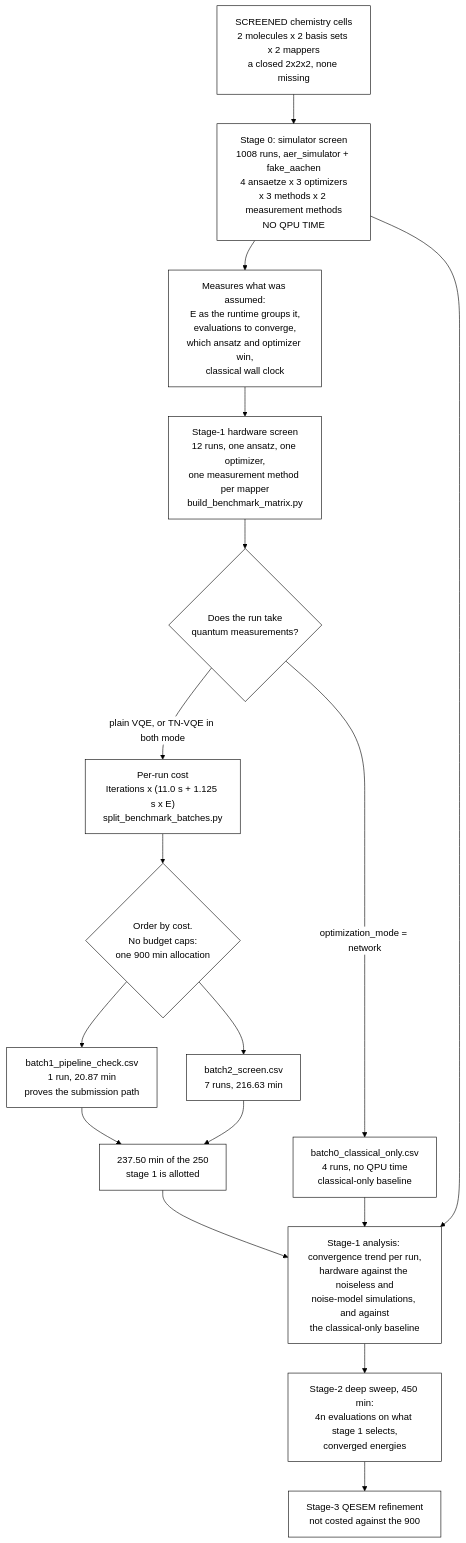
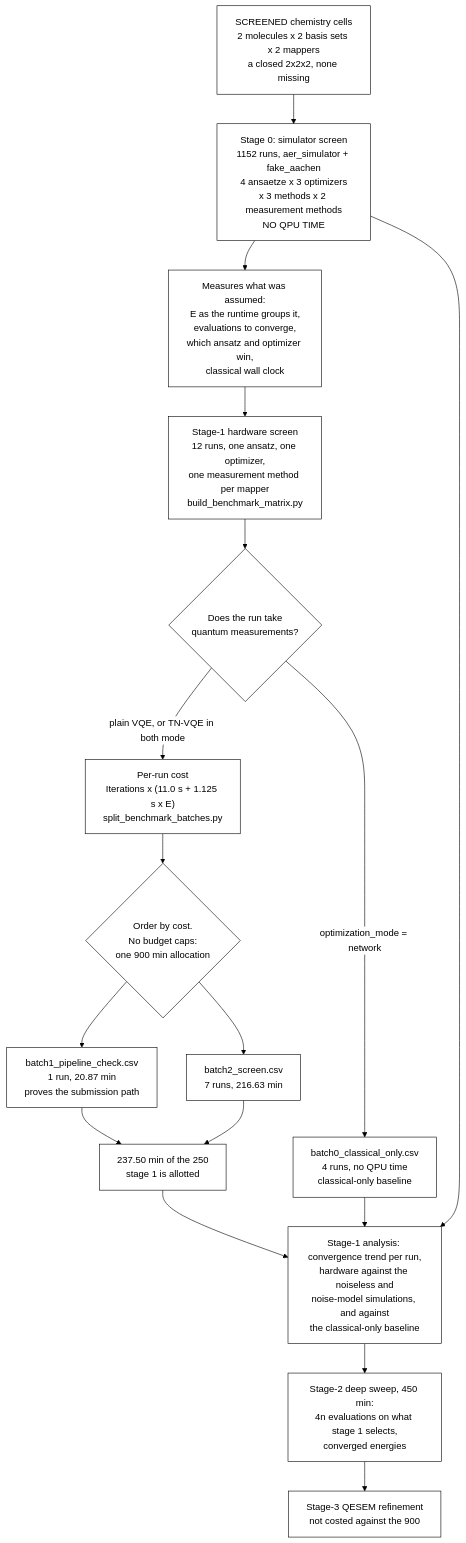
One commit to MQSdk/qpubench changed the diagram in data/benchmarks/ibm_tn-vqe_qesem/README.md. Above: the diagram before and after it, drawn with Mermaid. The commit also changed other lines of this file and 13 other files, not shown here.

````diff
--- a/data/benchmarks/ibm_tn-vqe_qesem/README.md
+++ b/data/benchmarks/ibm_tn-vqe_qesem/README.md
@@ -503,27 +520,27 @@
 ```mermaid
 %%{init: {"theme": "base", "themeVariables": {"background": "#ffffff", "primaryColor": "#ffffff", "primaryBorderColor": "#000000", "primaryTextColor": "#000000", "lineColor": "#000000", "secondaryColor": "#ffffff", "tertiaryColor": "#ffffff", "clusterBkg": "#ffffff", "clusterBorder": "#000000", "edgeLabelBackground": "#ffffff", "fontFamily": "monospace"}}}%%
 flowchart TD
     A["SCREENED chemistry cells<br/>2 molecules x 2 basis sets x 2 mappers<br/>a closed 2x2x2, none missing"]
-    A --> S["Stage 0: simulator screen<br/>1008 runs, aer_simulator + fake_aachen<br/>4 ansaetze x 3 optimizers<br/>x 3 methods x 2 measurement methods<br/>NO QPU TIME"]
+    A --> S["Stage 0: simulator screen<br/>1152 runs, aer_simulator + fake_aachen<br/>4 ansaetze x 3 optimizers<br/>x 3 methods x 2 measurement methods<br/>NO QPU TIME"]
     S --> M["Measures what was assumed:<br/>E as the runtime groups it,<br/>evaluations to converge,<br/>which ansatz and optimizer win,<br/>classical wall clock"]
     M --> B["Stage-1 hardware screen<br/>12 runs, one ansatz, one optimizer,<br/>one measurement method per mapper<br/>build_benchmark_matrix.py"]
 
     B --> Z{"Does the run take<br/>quantum measurements?"}
     Z -->|"optimization_mode = network"| Y["batch0_classical_only.csv<br/>4 runs, no QPU time<br/>classical-only baseline"]
     Z -->|"plain VQE, or TN-VQE in both mode"| C["Per-run cost<br/>Iterations x (11.0 s + 1.125 s x E)<br/>split_benchmark_batches.py"]
 
     C --> H{"Order by cost.<br/>No budget caps:<br/>one 900 min allocation"}
     H --> I["batch1_pipeline_check.csv<br/>1 run, 20.87 min<br/>proves the submission path"]
     H --> J["batch2_screen.csv<br/>7 runs, 216.63 min"]
     I --> R["237.50 min of the 250<br/>stage 1 is allotted"]
     J --> R
 
     R --> N["Stage-1 analysis: convergence trend per run,<br/>hardware against the noiseless and<br/>noise-model simulations, and against<br/>the classical-only baseline"]
     Y --> N
     S --> N
     N --> O["Stage-2 deep sweep, 450 min:<br/>4n evaluations on what stage 1 selects,<br/>converged energies"]
     O --> P["Stage-3 QESEM refinement<br/>not costed against the 900"]
 
     classDef bw fill:#ffffff,stroke:#000000,stroke-width:1px,color:#000000
     class A,B,C,H,I,J,M,N,O,P,R,S,Y,Z bw
 ```
````
